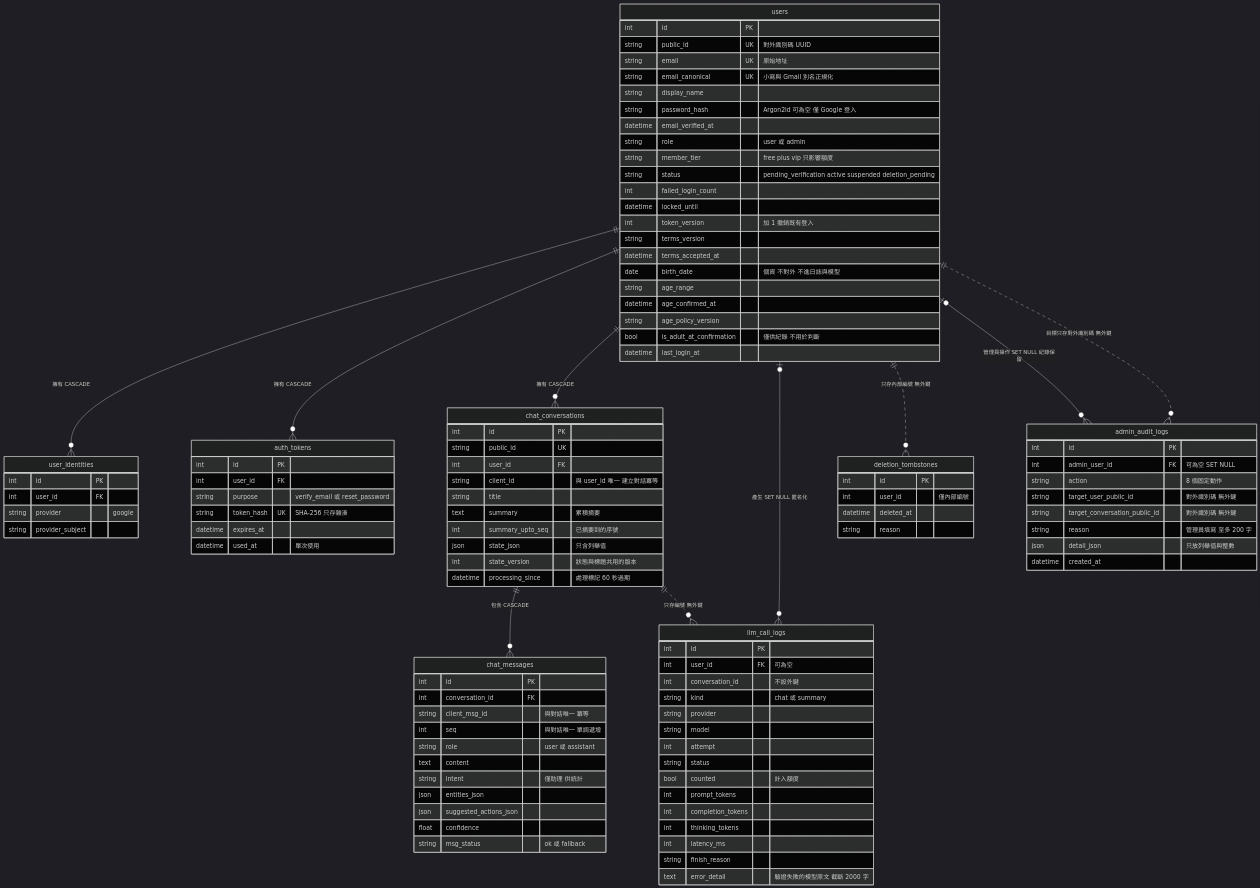
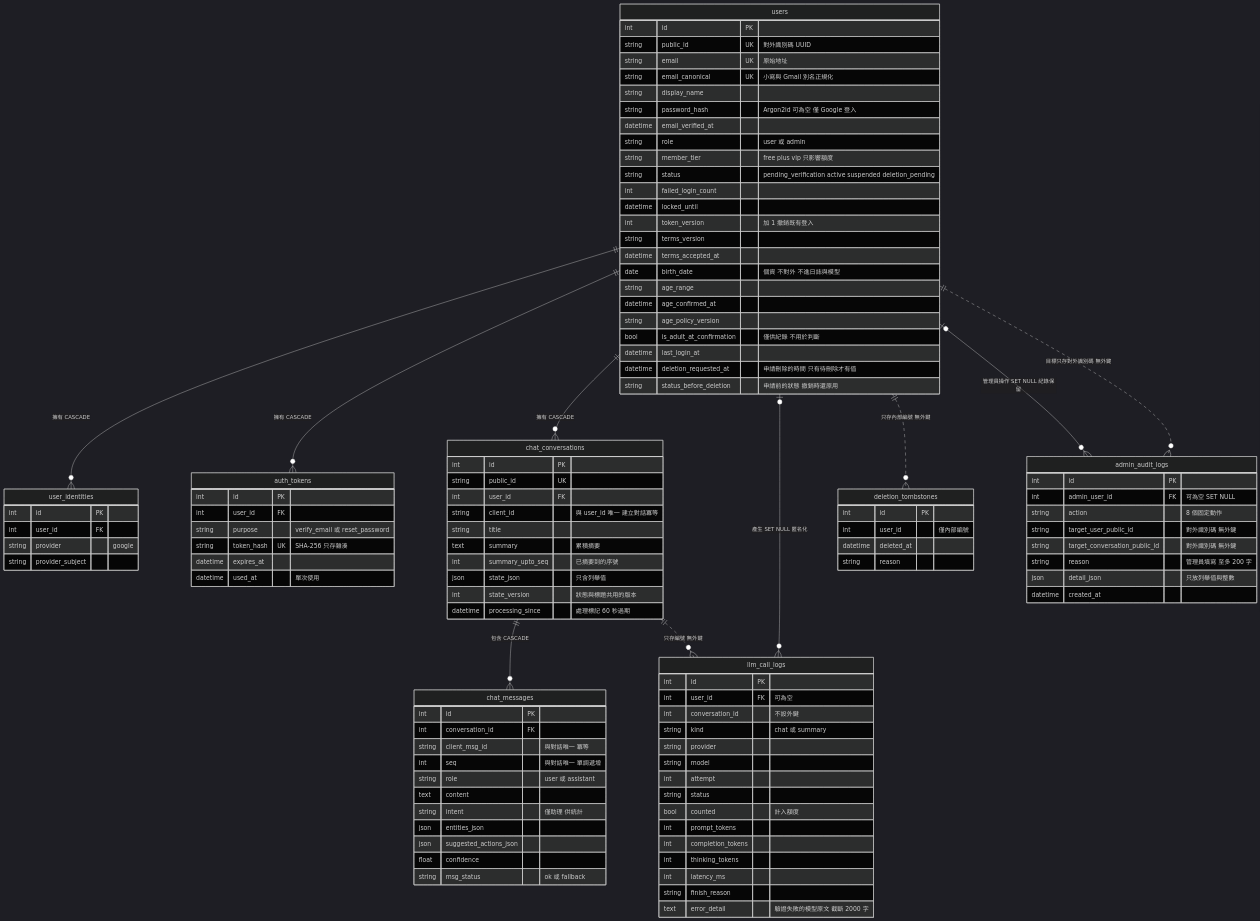
One commit to pp466pp466/R.A.C changed the first of 3 diagrams in docs/資料模型-data-model.md. Above: the diagram before and after it, drawn with Mermaid (dark theme). The commit also changed other lines of this file and 77 other files, not shown here.

```diff
--- a/docs/資料模型-data-model.md
+++ b/docs/資料模型-data-model.md
@@ -40,6 +40,8 @@
         string age_policy_version
         bool is_adult_at_confirmation "僅供紀錄 不用於判斷"
         datetime last_login_at
+        datetime deletion_requested_at "申請刪除的時間 只有待刪除才有值"
+        string status_before_deletion "申請前的狀態 撤銷時還原用"
     }
     user_identities {
         int id PK
```
